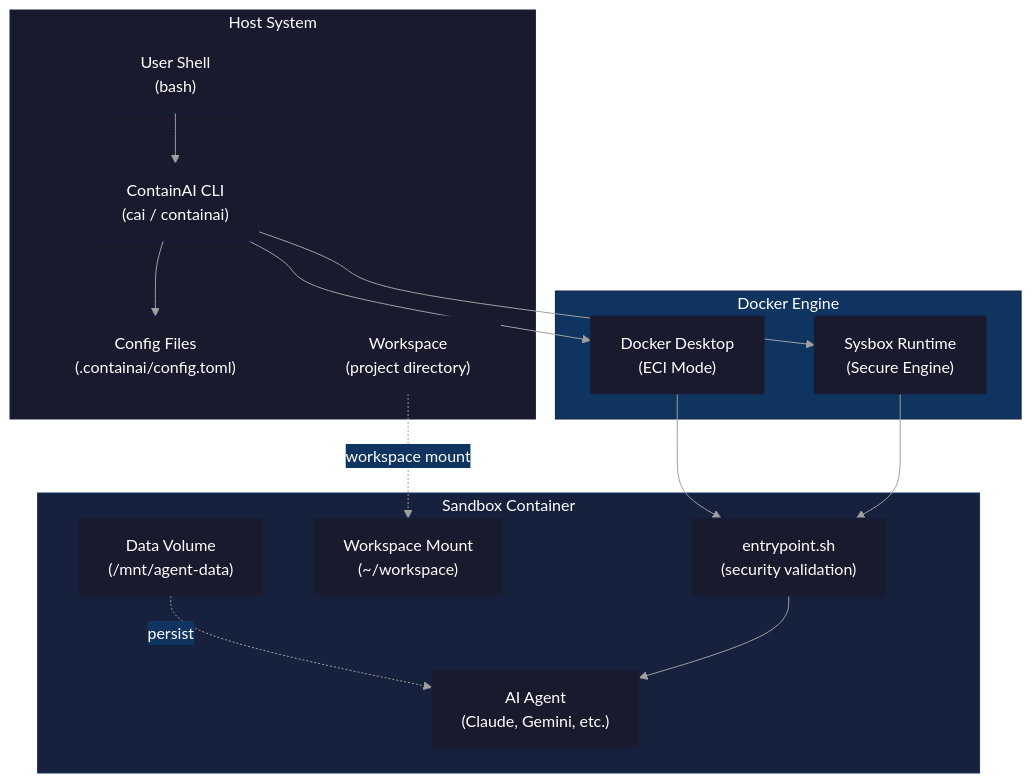
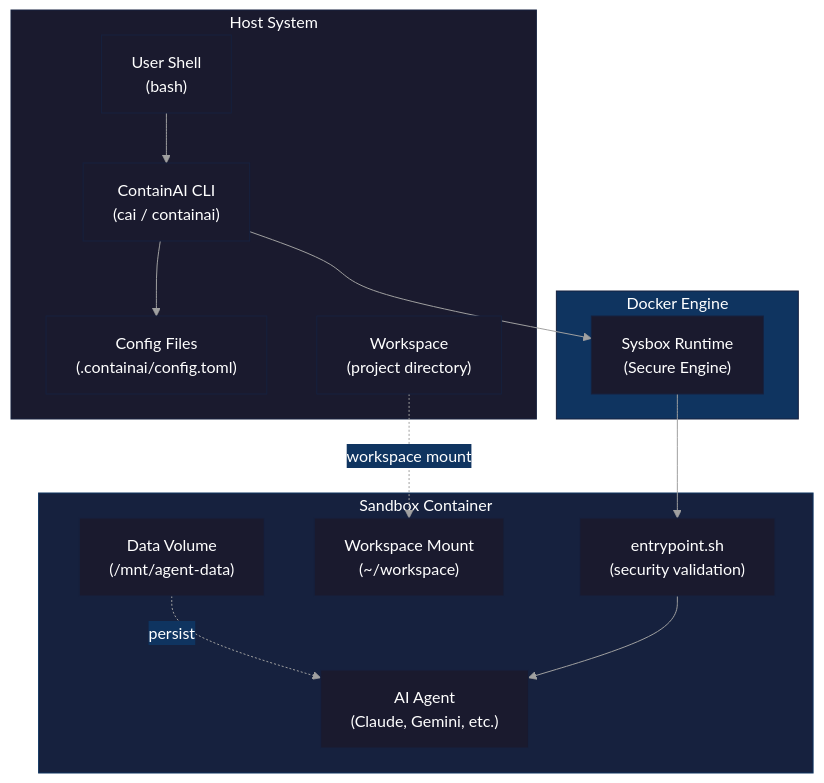
One commit to novotnyllc/ContainAI changed the first of 8 diagrams in docs/architecture.md. Above: the diagram before and after it, drawn with Mermaid. The commit also changed other lines of this file and 2 other files, not shown here.

First line of the commit message:
fix(eci-removal): address third round of review issues

````diff
--- a/docs/architecture.md
+++ b/docs/architecture.md
@@ -20,45 +20,42 @@
 ```mermaid
 %%{init: {'theme': 'base', 'themeVariables': {
   'primaryColor': '#1a1a2e',
   'primaryTextColor': '#ffffff',
   'primaryBorderColor': '#16213e',
   'secondaryColor': '#0f3460',
   'tertiaryColor': '#1a1a2e',
   'lineColor': '#a0a0a0',
   'textColor': '#ffffff',
   'background': '#0d1117'
 }}}%%
 flowchart TB
     subgraph Host["Host System"]
         User["User Shell<br/>(bash)"]
         CLI["ContainAI CLI<br/>(cai / containai)"]
         Config["Config Files<br/>(.containai/config.toml)"]
         Workspace["Workspace<br/>(project directory)"]
     end
 
     subgraph DockerLayer["Docker Engine"]
-        DD["Docker Desktop<br/>(ECI Mode)"]
         Sysbox["Sysbox Runtime<br/>(Secure Engine)"]
     end
 
     subgraph Sandbox["Sandbox Container"]
         Agent["AI Agent<br/>(Claude, Gemini, etc.)"]
         DataVol["Data Volume<br/>(/mnt/agent-data)"]
         WorkMount["Workspace Mount<br/>(~/workspace)"]
         Entry["entrypoint.sh<br/>(security validation)"]
     end
 
     User --> CLI
     CLI --> Config
-    CLI --> DD
     CLI --> Sysbox
-    DD --> Entry
     Sysbox --> Entry
     Workspace -.->|"workspace mount"| WorkMount
     DataVol -.->|persist| Agent
     Entry --> Agent
 
     style Host fill:#1a1a2e,stroke:#16213e,color:#fff
     style DockerLayer fill:#0f3460,stroke:#16213e,color:#fff
     style Sandbox fill:#16213e,stroke:#0f3460,color:#fff
 ```
````
